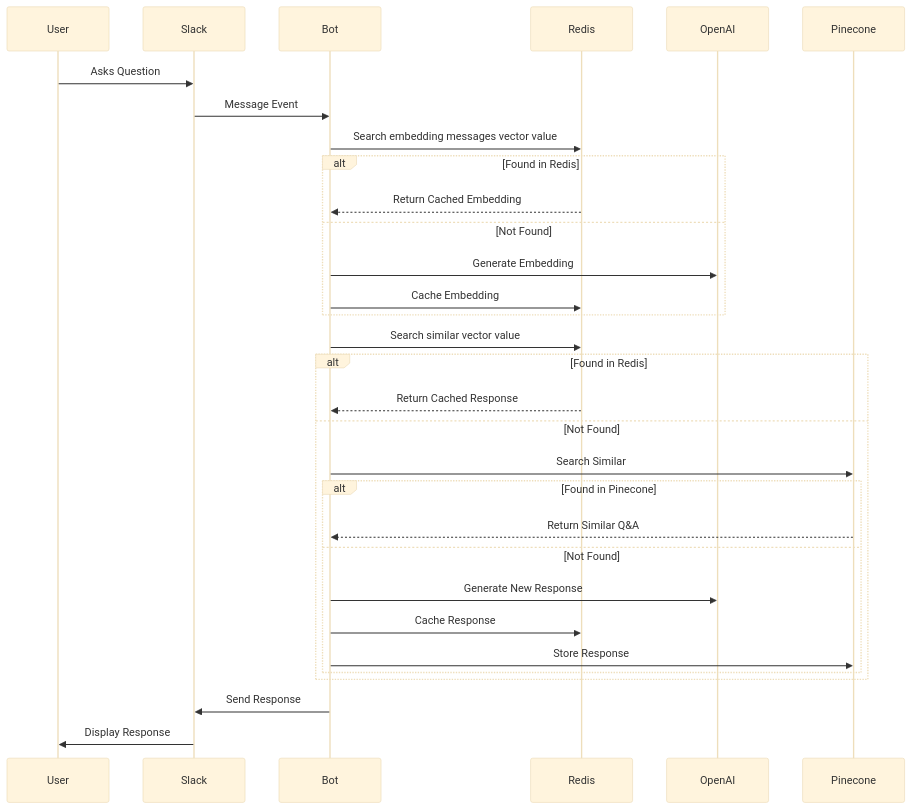
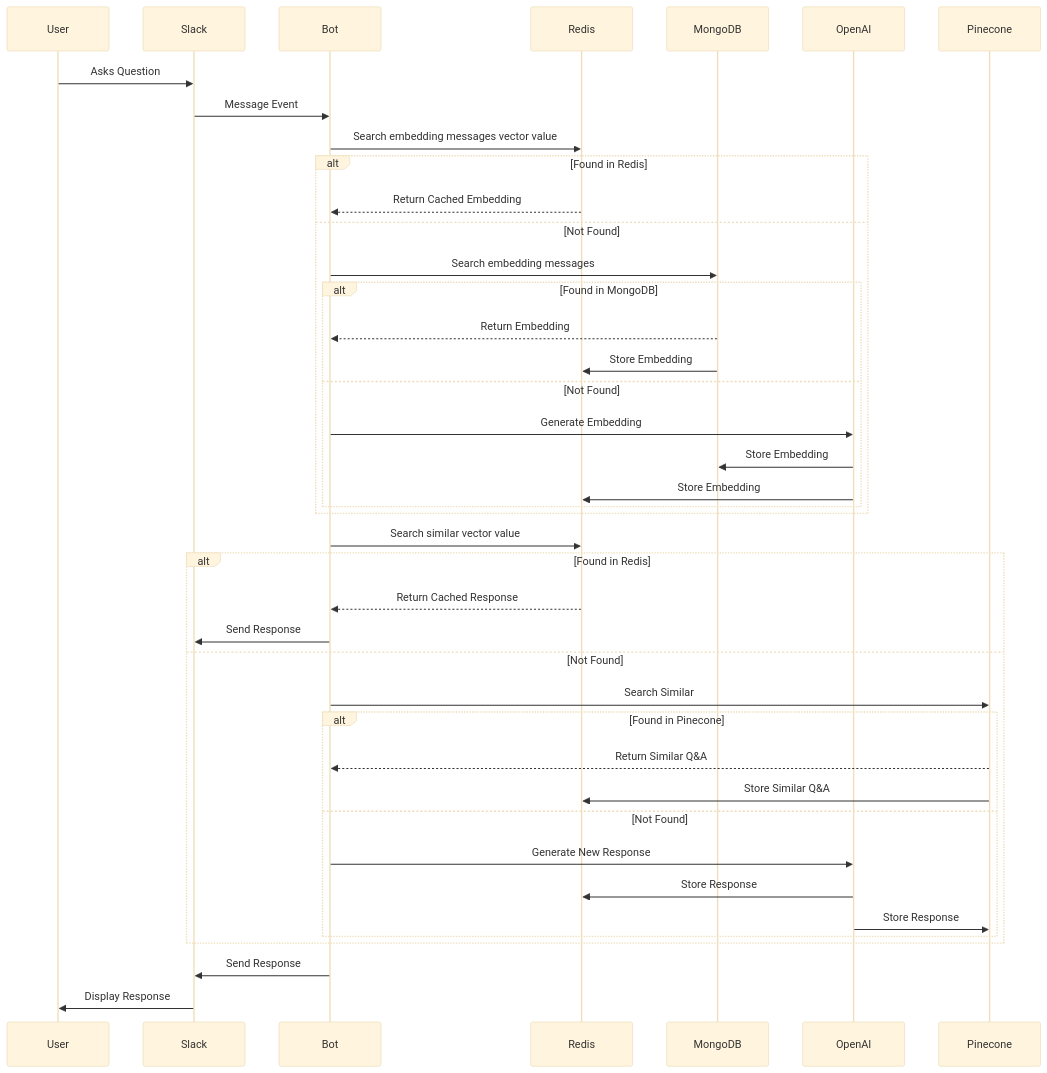
The second of 3 diagrams in README.md (wgod58/slack-bot-ai), drawn with Mermaid (base theme) before and after one commit. The commit also changed other lines of this file, not shown here.

````diff
--- a/README.md
+++ b/README.md
@@ -113,27 +106,36 @@
    ```mermaid
    sequenceDiagram
        User->>Slack: Asks Question
        Slack->>Bot: Message Event
        Bot->>Redis: Search embedding messages vector value
        alt Found in Redis
            Redis-->>Bot: Return Cached Embedding
        else Not Found
-           Bot->>OpenAI: Generate Embedding
-           Bot->>Redis: Cache Embedding
+           Bot->>MongoDB: Search embedding messages
+           alt Found in MongoDB
+               MongoDB-->>Bot: Return Embedding
+               MongoDB->>Redis: Store Embedding
+           else Not Found
+               Bot->>OpenAI: Generate Embedding
+               OpenAI->>MongoDB: Store Embedding
+               OpenAI->>Redis: Store Embedding
+           end
        end
        Bot->>Redis: Search similar vector value
        alt Found in Redis
            Redis-->>Bot: Return Cached Response
+           Bot->>Slack: Send Response
        else Not Found
            Bot->>Pinecone: Search Similar
            alt Found in Pinecone
                Pinecone-->>Bot: Return Similar Q&A
+               Pinecone->>Redis: Store Similar Q&A
            else Not Found
                Bot->>OpenAI: Generate New Response
-               Bot->>Redis: Cache Response
-               Bot->>Pinecone: Store Response
+               OpenAI->>Redis: Store Response
+               OpenAI->>Pinecone: Store Response
            end
        end
        Bot->>Slack: Send Response
        Slack->>User: Display Response
    ```
````
